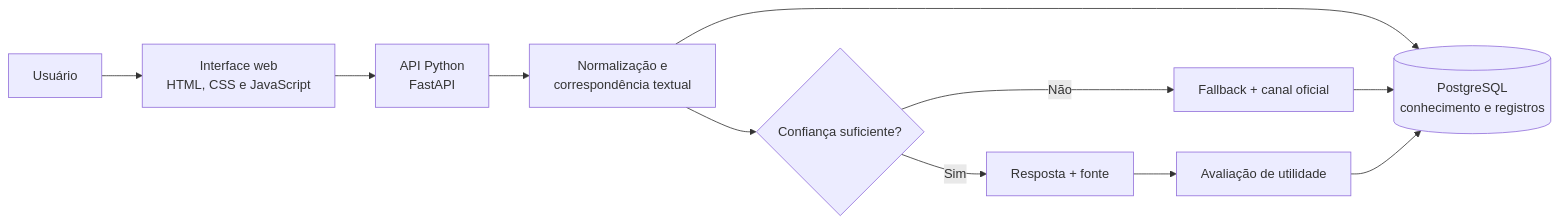
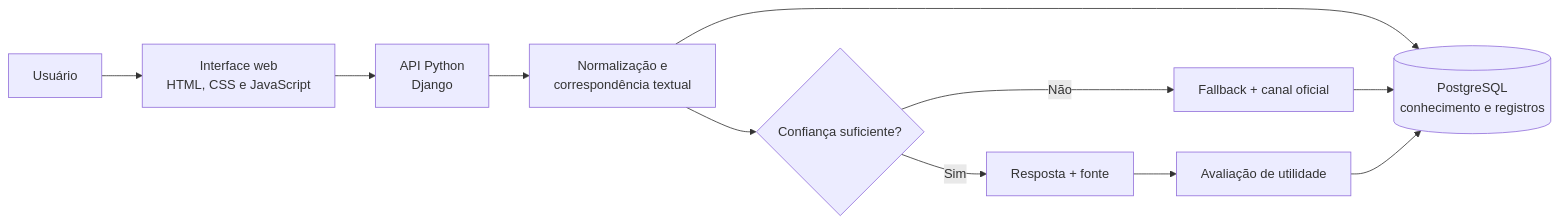
Before and after one commit to walkermooore/chatbot-aginov: the diagram in README.md, drawn with Mermaid. The commit also changed other lines of this file, not shown here.

First line of the commit message:
Change backend from FastAPI to Django in README

````diff
--- a/README.md
+++ b/README.md
@@ -70,13 +70,13 @@
 ```mermaid
 flowchart LR
     U[Usuário] --> W[Interface web<br/>HTML, CSS e JavaScript]
-    W --> A[API Python<br/>FastAPI]
+    W --> A[API Python<br/>Django]
     A --> M[Normalização e<br/>correspondência textual]
     M --> K[(PostgreSQL<br/>conhecimento e registros)]
     M --> C{Confiança suficiente?}
     C -->|Sim| R[Resposta + fonte]
     C -->|Não| F[Fallback + canal oficial]
     F --> K
     R --> V[Avaliação de utilidade]
     V --> K
 ```
````
